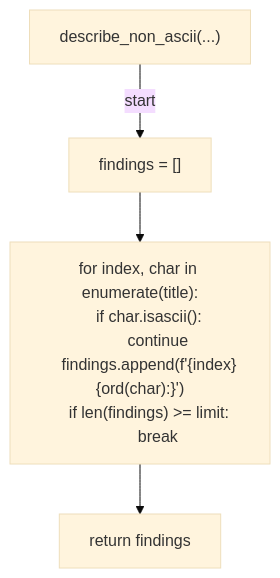
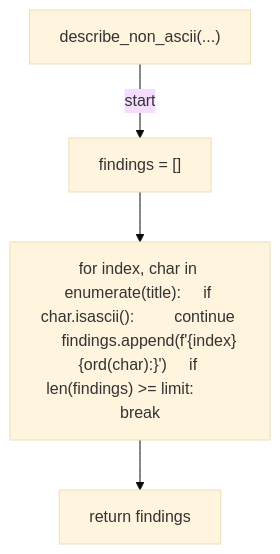
Diagram 13 of 25 in docs/generated/scripts/ast/title_policy.md (tvna/claude-md), drawn with Mermaid (base theme) before and after one commit. The commit also changed other lines of this file and 15 other files, not shown here.

First line of the commit message:
docs(generated): regenerate decision tree and workflow diagrams (batch 5/5)

````diff
--- a/docs/generated/scripts/ast/title_policy.md
+++ b/docs/generated/scripts/ast/title_policy.md
@@ -179,15 +178,10 @@
 ```mermaid
 flowchart TD
     N001["describe_non_ascii(...)"]
     N002["findings = []"]
-    N003["for index, char in enumerate(title):
-    if char.isascii():
-        continue
-    findings.append(f'<str>{index}<str>{ord(char):<str>}')
-    if len(findings) >= limit:
-        break"]
+    N003["for index, char in enumerate(title):     if char.isascii():         continue     findings.append(f'<str>{index}<str>{ord(char):<str>}')     if len(findings) >= limit:         break"]
     N004["return findings"]
     N001 -->|"start"| N002
     N002 --> N003
     N003 --> N004
 ```
````
